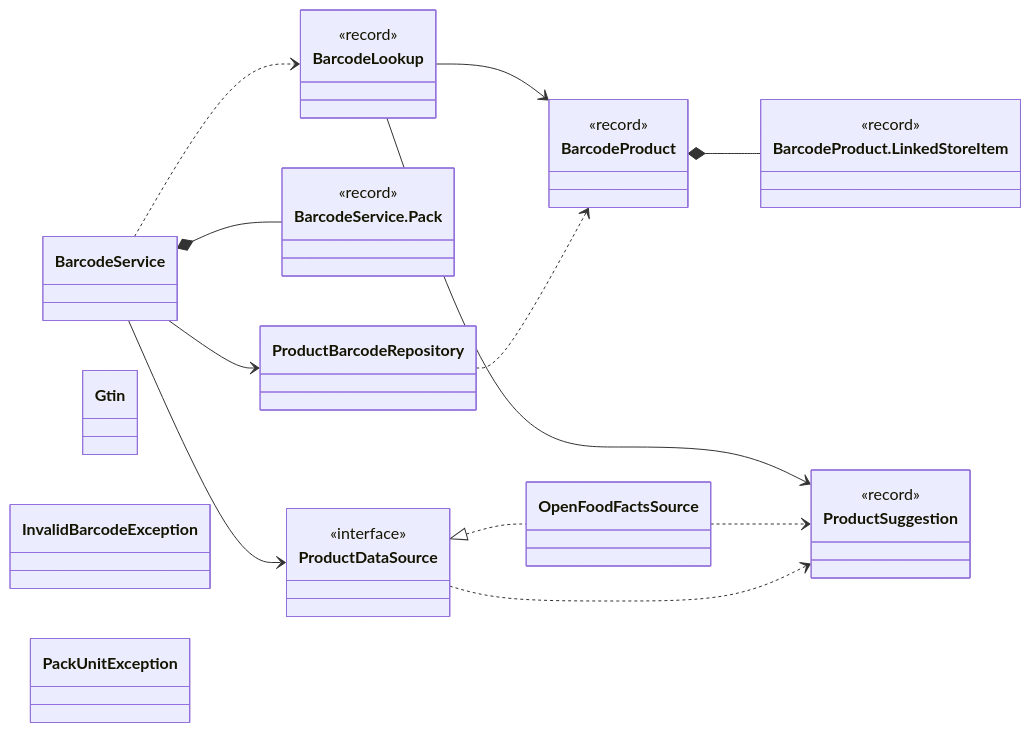
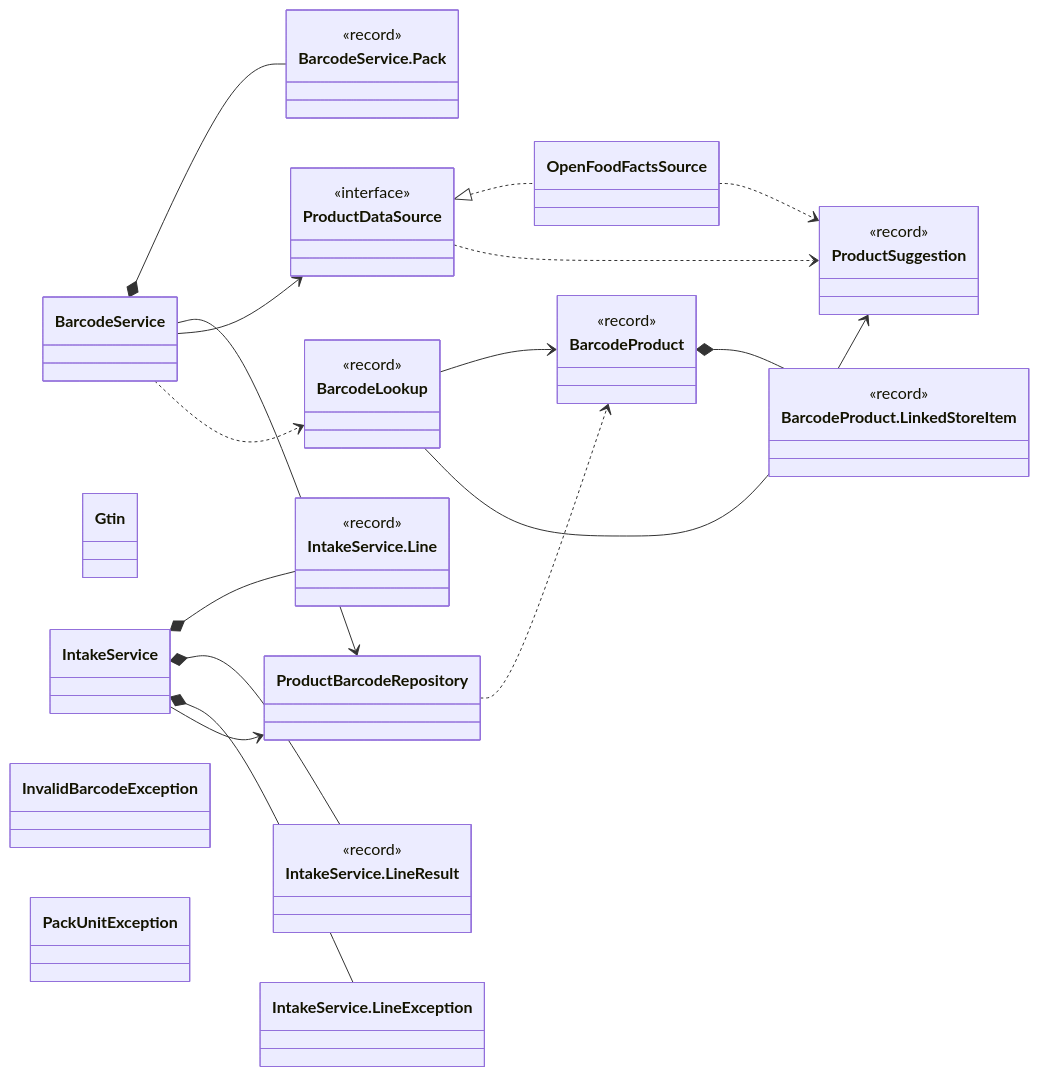
The first of 17 diagrams in docs/classes/barcode.md (Nate-ryan-7690/dahaem), drawn with Mermaid before and after one commit. The commit also changed other lines of this file and 6 other files, not shown here.

````diff
--- a/docs/classes/barcode.md
+++ b/docs/classes/barcode.md
@@ -11,39 +11,51 @@
 ```mermaid
 classDiagram
     direction LR
     class barcode_BarcodeLookup["BarcodeLookup"] {
         <<record>>
     }
     class barcode_BarcodeProduct["BarcodeProduct"] {
         <<record>>
     }
     class barcode_BarcodeProduct_LinkedStoreItem["BarcodeProduct.LinkedStoreItem"] {
         <<record>>
     }
     class barcode_BarcodeService["BarcodeService"]
     class barcode_BarcodeService_Pack["BarcodeService.Pack"] {
         <<record>>
     }
     class barcode_Gtin["Gtin"]
+    class barcode_IntakeService["IntakeService"]
+    class barcode_IntakeService_Line["IntakeService.Line"] {
+        <<record>>
+    }
+    class barcode_IntakeService_LineResult["IntakeService.LineResult"] {
+        <<record>>
+    }
+    class barcode_IntakeService_LineException["IntakeService.LineException"]
     class barcode_InvalidBarcodeException["InvalidBarcodeException"]
     class barcode_OpenFoodFactsSource["OpenFoodFactsSource"]
     class barcode_PackUnitException["PackUnitException"]
     class barcode_ProductBarcodeRepository["ProductBarcodeRepository"]
     class barcode_ProductDataSource["ProductDataSource"] {
         <<interface>>
     }
     class barcode_ProductSuggestion["ProductSuggestion"] {
         <<record>>
     }
     barcode_BarcodeLookup --> barcode_BarcodeProduct
     barcode_BarcodeLookup --> barcode_ProductSuggestion
     barcode_BarcodeProduct *-- barcode_BarcodeProduct_LinkedStoreItem
     barcode_BarcodeService *-- barcode_BarcodeService_Pack
     barcode_BarcodeService --> barcode_ProductBarcodeRepository
     barcode_BarcodeService --> barcode_ProductDataSource
     barcode_BarcodeService ..> barcode_BarcodeLookup
+    barcode_IntakeService *-- barcode_IntakeService_Line
+    barcode_IntakeService *-- barcode_IntakeService_LineResult
+    barcode_IntakeService *-- barcode_IntakeService_LineException
+    barcode_IntakeService --> barcode_ProductBarcodeRepository
     barcode_ProductDataSource <|.. barcode_OpenFoodFactsSource
     barcode_OpenFoodFactsSource ..> barcode_ProductSuggestion
     barcode_ProductBarcodeRepository ..> barcode_BarcodeProduct
     barcode_ProductDataSource ..> barcode_ProductSuggestion
 ```
````
